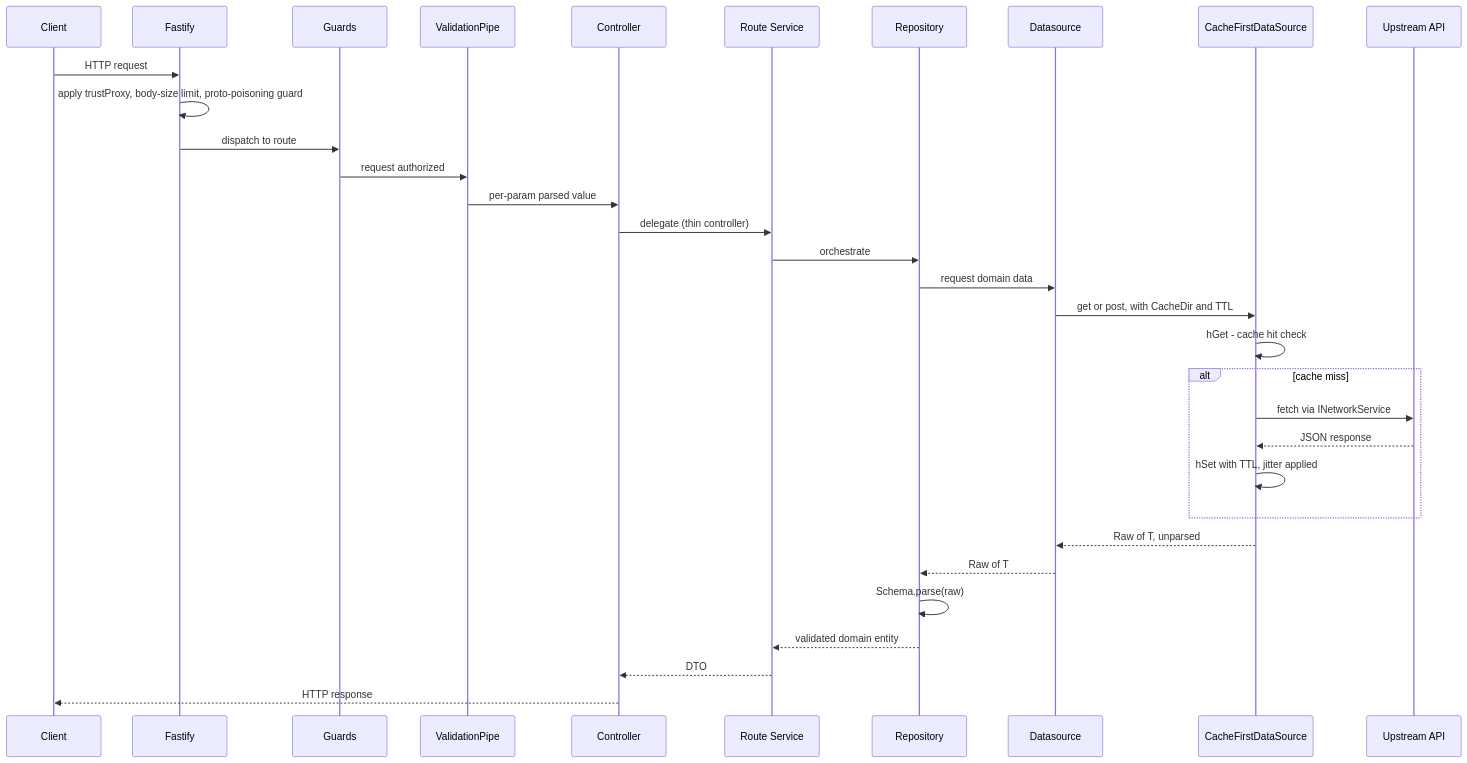
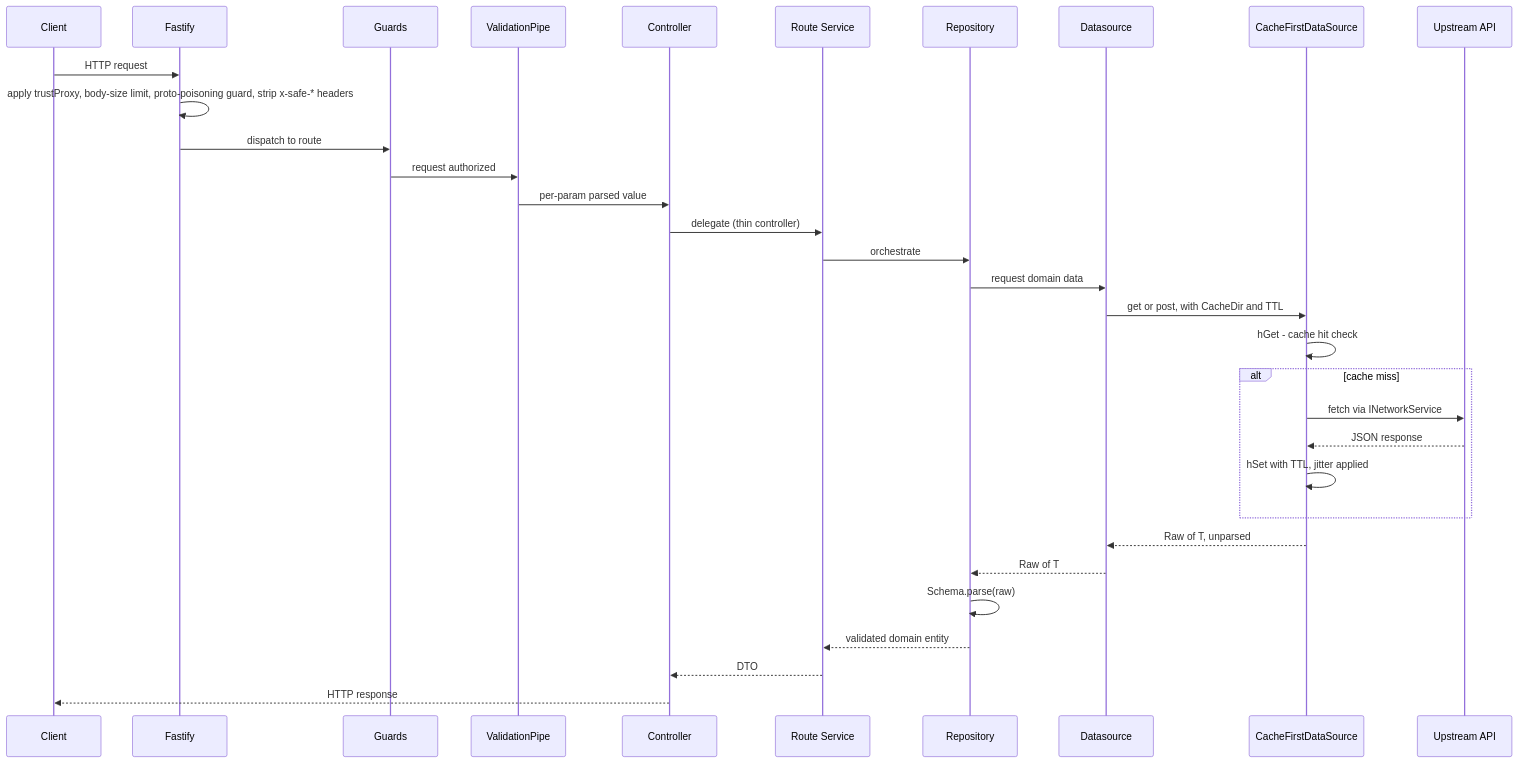
The first of 2 diagrams in docs/agents/ARCHITECTURE.md (safe-global/safe-client-gateway), drawn with Mermaid before and after one commit. The commit also changed other lines of this file and 5 other files, not shown here.

Commit message:
feat: strip inbound x-safe-* headers at the HTTP edge (#3708)

````diff
--- a/docs/agents/ARCHITECTURE.md
+++ b/docs/agents/ARCHITECTURE.md
@@ -19,35 +19,35 @@
 ```mermaid
 sequenceDiagram
     participant C as Client
     participant F as Fastify
     participant G as Guards
     participant V as ValidationPipe
     participant Ctrl as Controller
     participant Svc as Route Service
     participant Repo as Repository
     participant DS as Datasource
     participant Cache as CacheFirstDataSource
     participant Up as Upstream API
 
     C->>F: HTTP request
-    F->>F: apply trustProxy, body-size limit, proto-poisoning guard
+    F->>F: apply trustProxy, body-size limit, proto-poisoning guard, strip x-safe-* headers
     F->>G: dispatch to route
     G->>V: request authorized
     V->>Ctrl: per-param parsed value
     Ctrl->>Svc: delegate (thin controller)
     Svc->>Repo: orchestrate
     Repo->>DS: request domain data
     DS->>Cache: get or post, with CacheDir and TTL
     Cache->>Cache: hGet - cache hit check
     alt cache miss
         Cache->>Up: fetch via INetworkService
         Up-->>Cache: JSON response
         Cache->>Cache: hSet with TTL, jitter applied
     end
     Cache-->>DS: Raw of T, unparsed
     DS-->>Repo: Raw of T
     Repo->>Repo: Schema.parse(raw)
     Repo-->>Svc: validated domain entity
     Svc-->>Ctrl: DTO
     Ctrl-->>C: HTTP response
 ```
````
